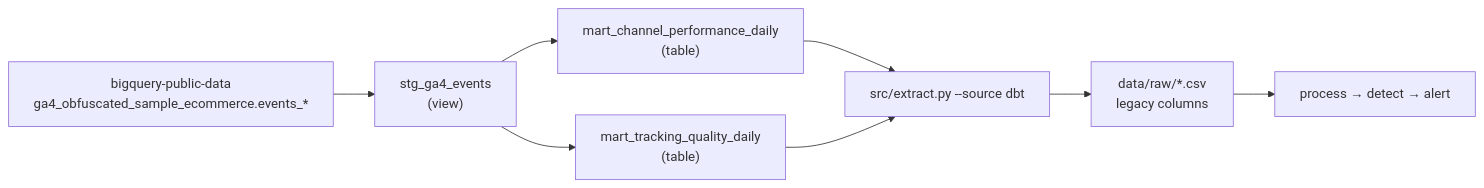
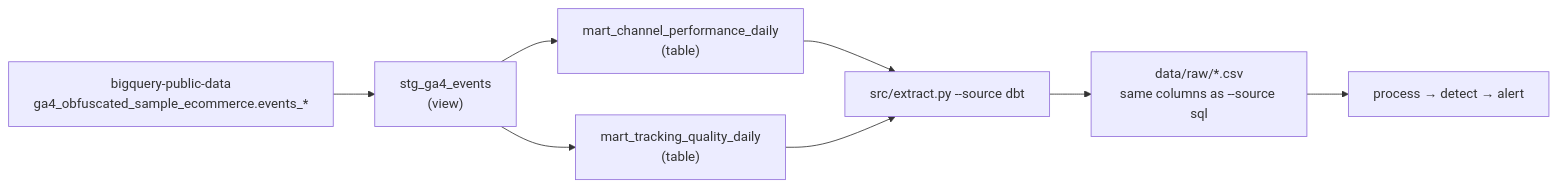
The diagram in README.md (NguyenIslandBoy/customer-journey-anomaly-detector), drawn with Mermaid before and after one commit. The commit also changed other lines of this file and 15 other files, not shown here.

````diff
--- a/README.md
+++ b/README.md
@@ -152,11 +152,11 @@
 ```mermaid
 flowchart LR
     src["bigquery-public-data<br/>ga4_obfuscated_sample_ecommerce.events_*"]
     stg["stg_ga4_events<br/>(view)"]
     ch["mart_channel_performance_daily<br/>(table)"]
     tq["mart_tracking_quality_daily<br/>(table)"]
     ext["src/extract.py --source dbt"]
-    csv["data/raw/*.csv<br/>legacy columns"]
+    csv["data/raw/*.csv<br/>same columns as --source sql"]
     pipe["process → detect → alert"]
     src --> stg --> ch & tq --> ext --> csv --> pipe
 ```
````
